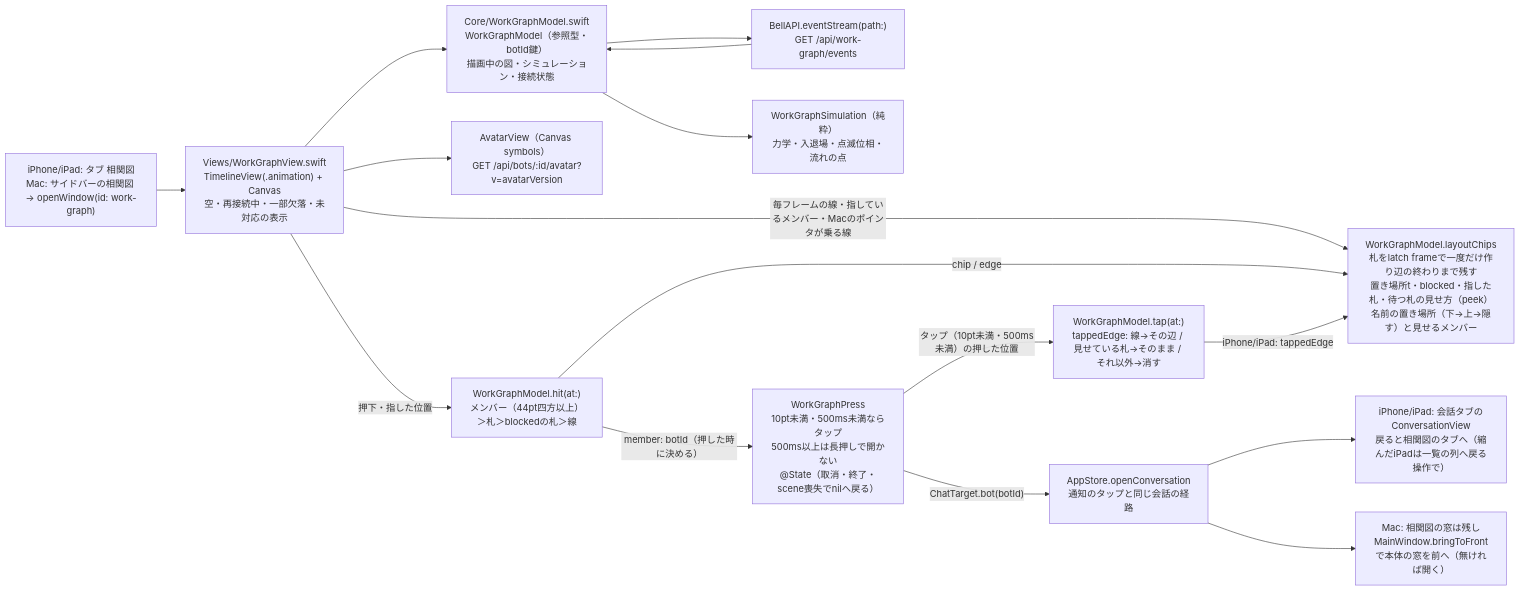
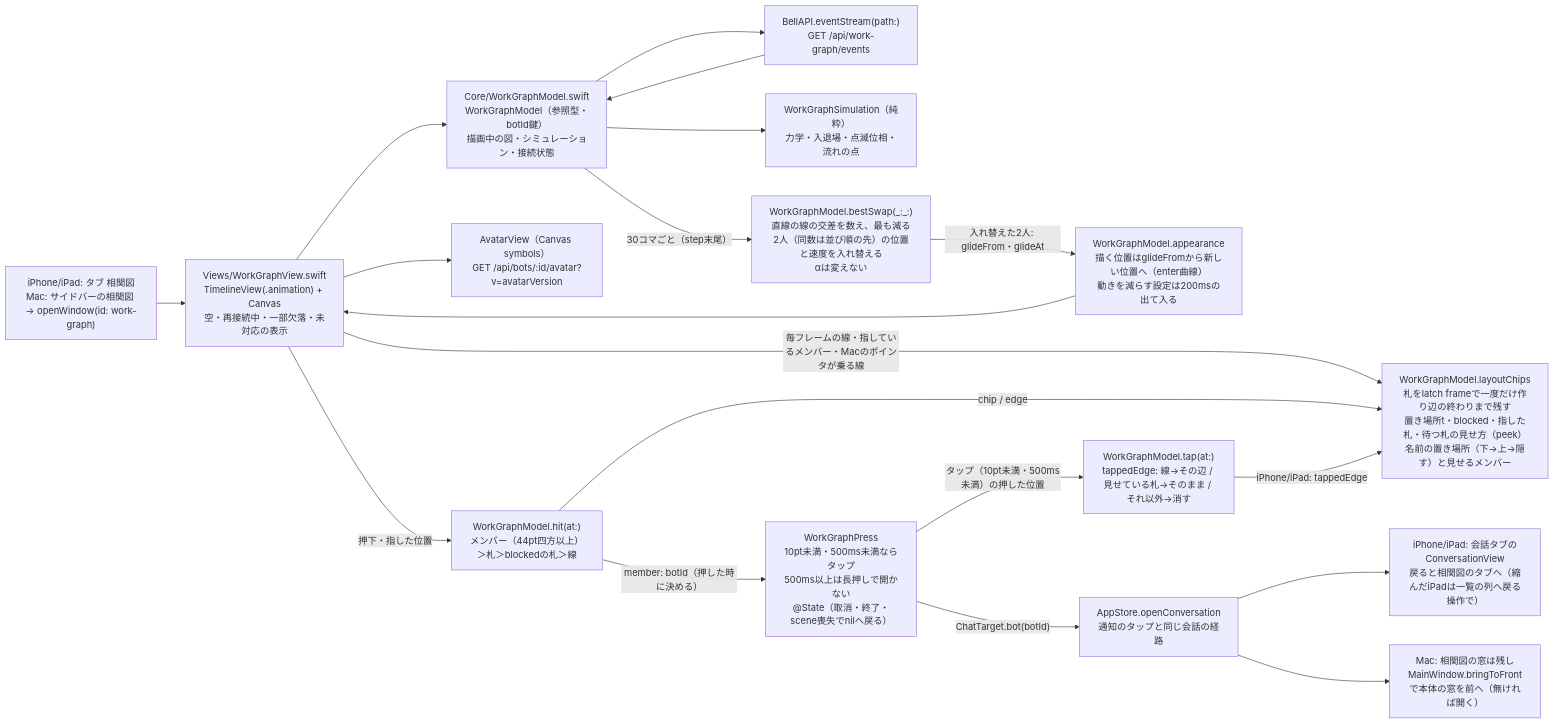
Before and after one commit to kitepon/BellTeam: the diagram in docs/architecture/modules/apple/work-graph.md, drawn with Mermaid. The commit also changed other lines of this file and 2 other files, not shown here.

Commit message:
work-graph (Apple): uncrossing swaps every 30 frames, 700 ms glide, Reduce Motion fade
Port of layout-sim.mjs crossings()/bestSwap(): swap the position and velocity of the pair
that removes the most straight-line crossings; alpha unchanged. Drawn position glides on
the enter curve; Reduce Motion fades out/in over 200 ms.

````diff
--- a/docs/architecture/modules/apple/work-graph.md
+++ b/docs/architecture/modules/apple/work-graph.md
@@ -7,18 +7,21 @@
 ```mermaid
 flowchart LR
   Nav["iPhone/iPad: タブ 相関図<br/>Mac: サイドバーの相関図 → openWindow(id: work-graph)"] --> View["Views/WorkGraphView.swift<br/>TimelineView(.animation) + Canvas<br/>空・再接続中・一部欠落・未対応の表示"]
   View --> Model["Core/WorkGraphModel.swift<br/>WorkGraphModel（参照型・botId鍵）<br/>描画中の図・シミュレーション・接続状態"]
   Model --> Stream["BellAPI.eventStream(path:)<br/>GET /api/work-graph/events"]
   Stream --> Model
   Model --> Sim["WorkGraphSimulation（純粋）<br/>力学・入退場・点滅位相・流れの点"]
+  Model -->|"30コマごと（step末尾）"| Uncross["WorkGraphModel.bestSwap(_:_:)<br/>直線の線の交差を数え、最も減る2人（同数は並び順の先）の位置と速度を入れ替える<br/>αは変えない"]
+  Uncross -->|"入れ替えた2人: glideFrom・glideAt"| Look["WorkGraphModel.appearance<br/>描く位置はglideFromから新しい位置へ（enter曲線）<br/>動きを減らす設定は200msの出て入る"]
+  Look --> View
   View --> Avatar["AvatarView（Canvas symbols）<br/>GET /api/bots/:id/avatar?v=avatarVersion"]
   View -->|"毎フレームの線・指しているメンバー・Macのポインタが乗る線"| Chips["WorkGraphModel.layoutChips<br/>札をlatch frameで一度だけ作り辺の終わりまで残す<br/>置き場所t・blocked・指した札・待つ札の見せ方（peek）<br/>名前の置き場所（下→上→隠す）と見せるメンバー"]
   View -->|"押下・指した位置"| Hit["WorkGraphModel.hit(at:)<br/>メンバー（44pt四方以上）＞札＞blockedの札＞線"]
   Hit -->|"member: botId（押した時に決める）"| Press["WorkGraphPress<br/>10pt未満・500ms未満ならタップ<br/>500ms以上は長押しで開かない<br/>@State（取消・終了・scene喪失でnilへ戻る）"]
   Hit -->|"chip / edge"| Chips
   Press -->|"タップ（10pt未満・500ms未満）の押した位置"| Tap["WorkGraphModel.tap(at:)<br/>tappedEdge: 線→その辺 / 見せている札→そのまま / それ以外→消す"]
   Tap -->|"iPhone/iPad: tappedEdge"| Chips
   Press -->|"ChatTarget.bot(botId)"| Route["AppStore.openConversation<br/>通知のタップと同じ会話の経路"]
   Route --> Chat["iPhone/iPad: 会話タブのConversationView<br/>戻ると相関図のタブへ（縮んだiPadは一覧の列へ戻る操作で）"]
   Route --> Main["Mac: 相関図の窓は残し<br/>MainWindow.bringToFrontで本体の窓を前へ（無ければ開く）"]
 ```
````
